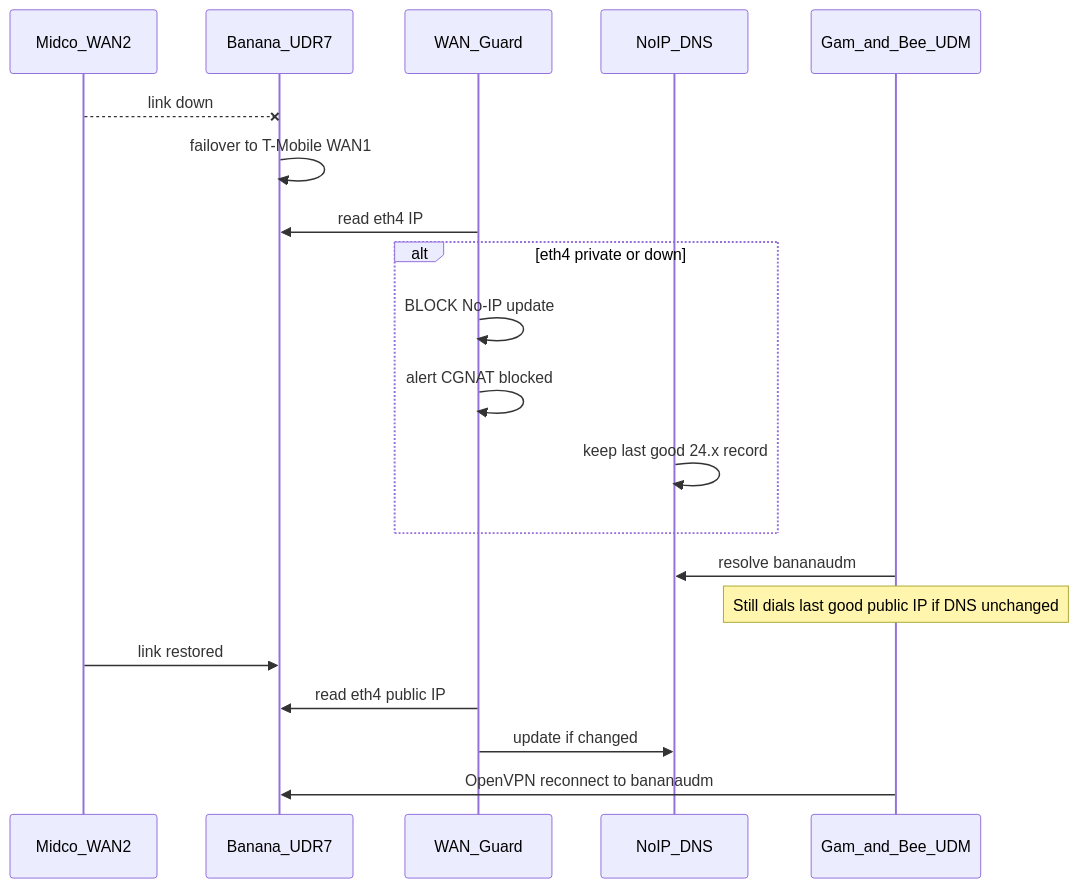
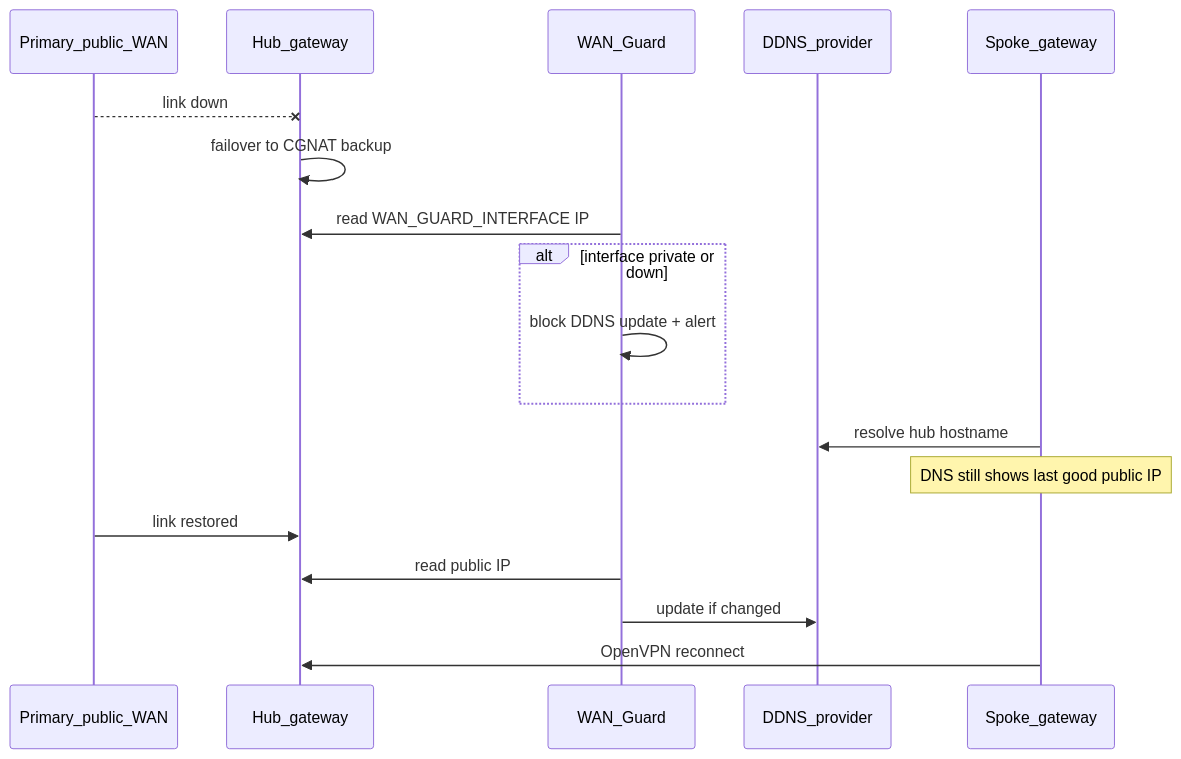
The diagram in docs/wan-guard-openvpn-failover.md (roto31/UniFi-Tunnel-Monitor), drawn with Mermaid before and after one commit. The commit also changed other lines of this file and 48 other files, not shown here.

First line of the commit message:
Sanitize public release and add spoke monitoring templates.

````diff
--- a/docs/wan-guard-openvpn-failover.md
+++ b/docs/wan-guard-openvpn-failover.md
@@ -138,23 +120,21 @@
 ```mermaid
 sequenceDiagram
-    participant Midco as Midco_WAN2
-    participant UDR7 as Banana_UDR7
+    participant Primary as Primary_public_WAN
+    participant Hub as Hub_gateway
     participant WG as WAN_Guard
-    participant NoIP as NoIP_DNS
-    participant UDM as Gam_and_Bee_UDM
+    participant DDNS as DDNS_provider
+    participant Spoke as Spoke_gateway
 
-    Midco--xUDR7: link down
-    UDR7->>UDR7: failover to T-Mobile WAN1
-    WG->>UDR7: read eth4 IP
-    alt eth4 private or down
-        WG->>WG: BLOCK No-IP update
-        WG->>WG: alert CGNAT blocked
-        NoIP->>NoIP: keep last good 24.x record
+    Primary--xHub: link down
+    Hub->>Hub: failover to CGNAT backup
+    WG->>Hub: read WAN_GUARD_INTERFACE IP
+    alt interface private or down
+        WG->>WG: block DDNS update + alert
     end
-    UDM->>NoIP: resolve bananaudm
-    Note over UDM: Still dials last good public IP if DNS unchanged
-    Midco->>UDR7: link restored
-    WG->>UDR7: read eth4 public IP
-    WG->>NoIP: update if changed
-    UDM->>UDR7: OpenVPN reconnect to bananaudm
+    Spoke->>DDNS: resolve hub hostname
+    Note over Spoke: DNS still shows last good public IP
+    Primary->>Hub: link restored
+    WG->>Hub: read public IP
+    WG->>DDNS: update if changed
+    Spoke->>Hub: OpenVPN reconnect
 ```
````
